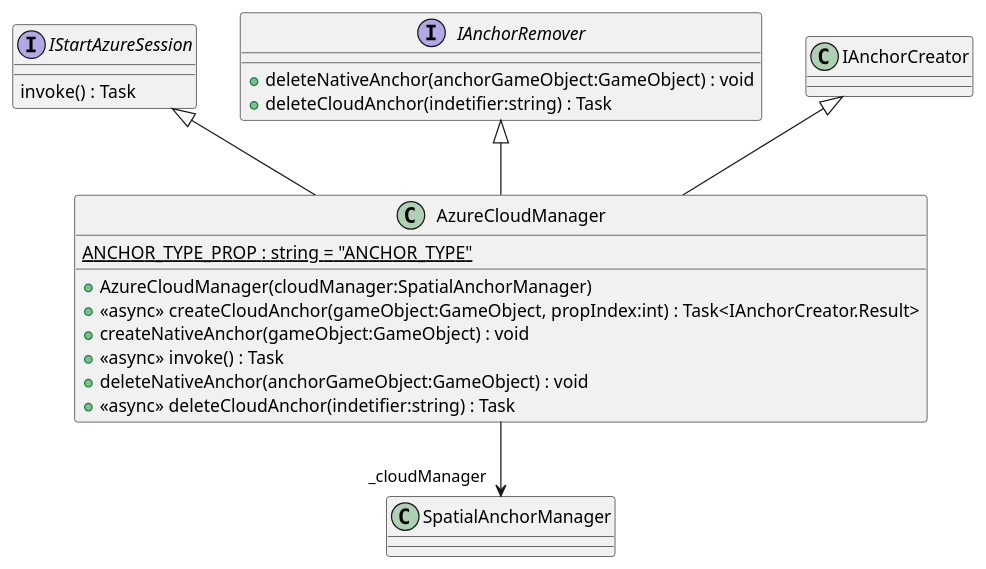
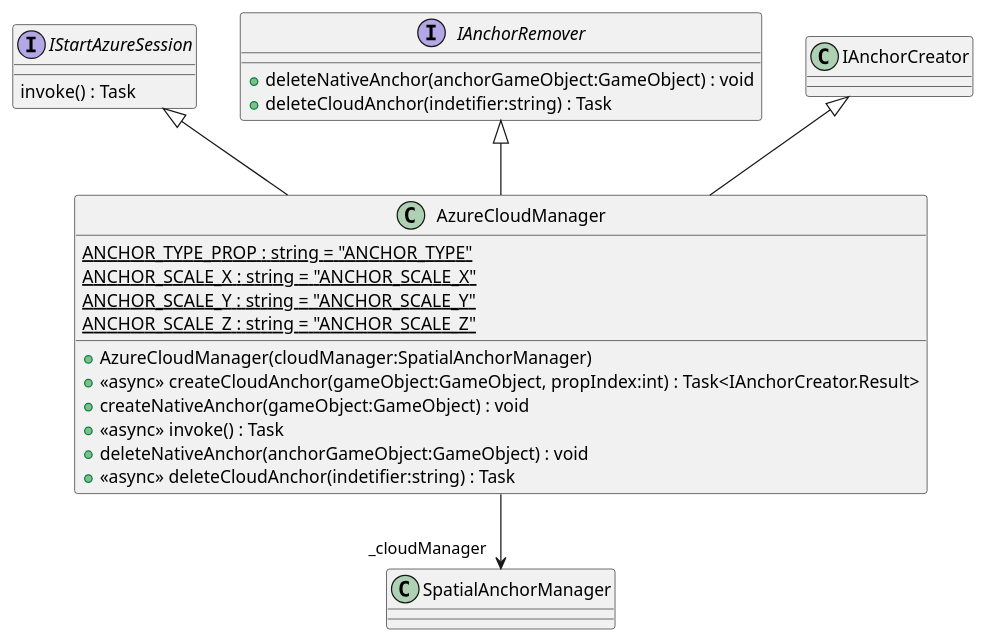
Before and after one commit to DeNatur/ProductionFloorVisualization: the diagram in UML/spatiallogic/AzureCloudManager.puml, drawn with PlantUML. The commit also changed 7 other files, not shown here.

Commit message:
Generate UML (Generate UML)

```diff
--- a/UML/spatiallogic/AzureCloudManager.puml
+++ b/UML/spatiallogic/AzureCloudManager.puml
@@ -1,22 +1,25 @@
 @startuml
 interface IStartAzureSession {
     invoke() : Task
 }
 interface IAnchorRemover {
     + deleteNativeAnchor(anchorGameObject:GameObject) : void
     + deleteCloudAnchor(indetifier:string) : Task
 }
 class AzureCloudManager {
     {static} ANCHOR_TYPE_PROP : string = "ANCHOR_TYPE"
+    {static} ANCHOR_SCALE_X : string = "ANCHOR_SCALE_X"
+    {static} ANCHOR_SCALE_Y : string = "ANCHOR_SCALE_Y"
+    {static} ANCHOR_SCALE_Z : string = "ANCHOR_SCALE_Z"
     + AzureCloudManager(cloudManager:SpatialAnchorManager)
     + <<async>> createCloudAnchor(gameObject:GameObject, propIndex:int) : Task<IAnchorCreator.Result>
     + createNativeAnchor(gameObject:GameObject) : void
     + <<async>> invoke() : Task
     + deleteNativeAnchor(anchorGameObject:GameObject) : void
     + <<async>> deleteCloudAnchor(indetifier:string) : Task
 }
 IAnchorCreator <|-- AzureCloudManager
 IAnchorRemover <|-- AzureCloudManager
 IStartAzureSession <|-- AzureCloudManager
 AzureCloudManager --> "_cloudManager" SpatialAnchorManager
 @enduml
```
